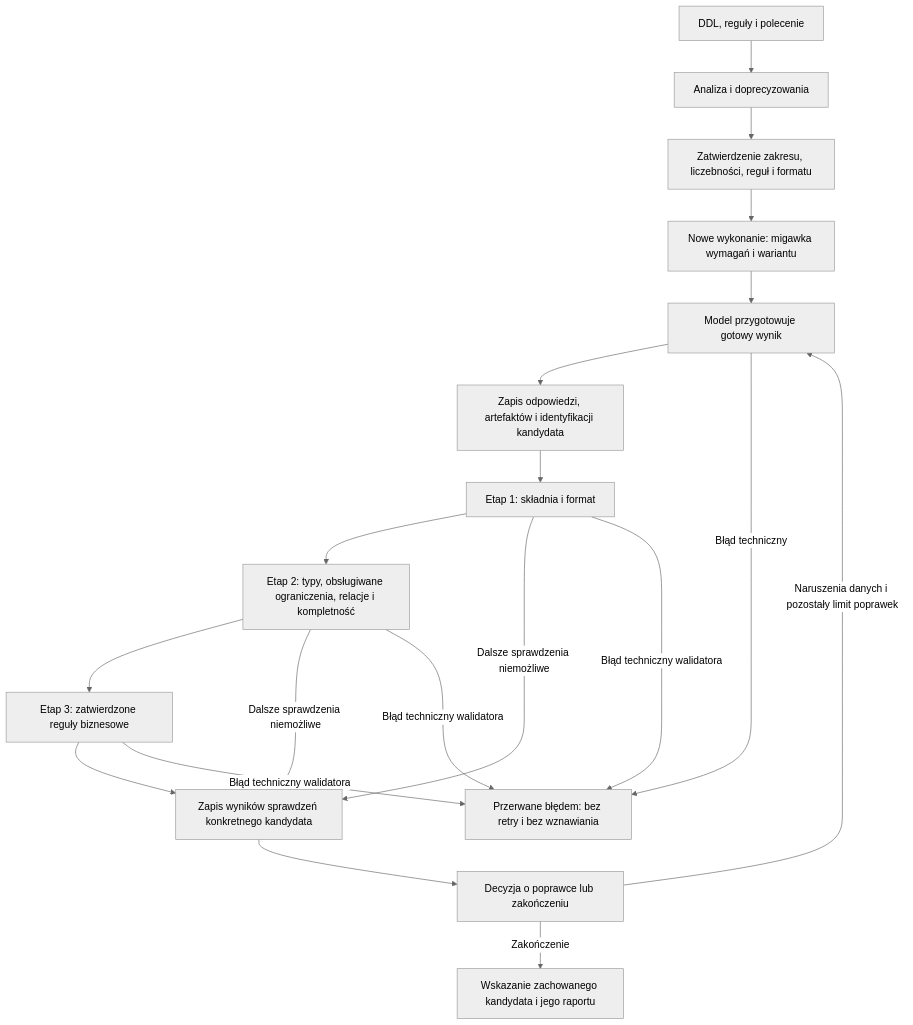
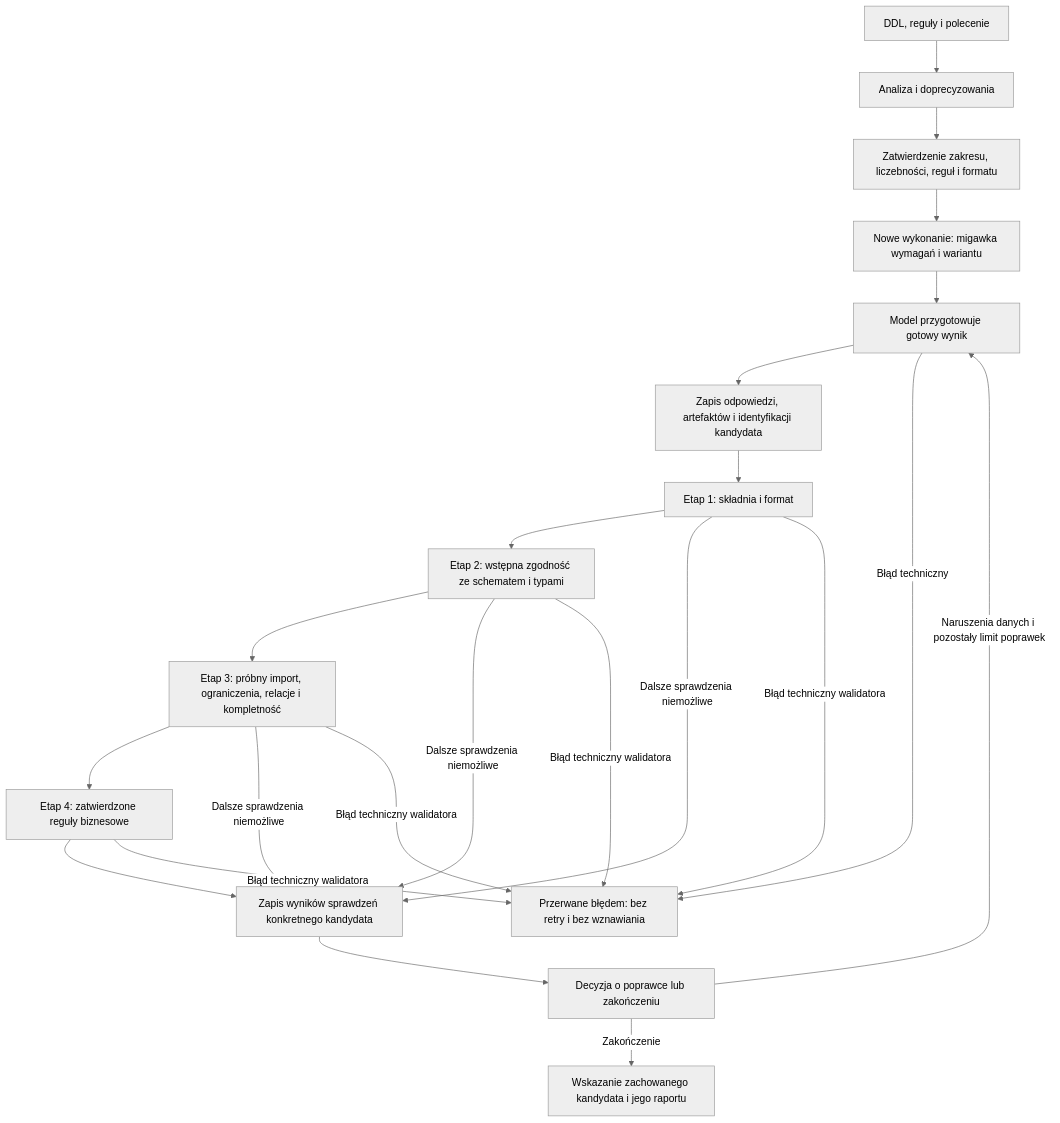
Before and after one commit to jwieczor03/mgr-llm-data-generator: the second of 2 diagrams in docs/architektura.md, drawn with Mermaid (neutral theme). The commit also changed other lines of this file and 12 other files, not shown here.

Commit message:
docs: add low-level architecture and confirm validation workflow

````diff
--- a/docs/architektura.md
+++ b/docs/architektura.md
@@ -58,21 +58,24 @@
 ```mermaid
 flowchart TD
     A["DDL, reguły i polecenie"] --> B["Analiza i doprecyzowania"]
     B --> C["Zatwierdzenie zakresu, liczebności, reguł i formatu"]
     C --> D["Nowe wykonanie: migawka wymagań i wariantu"]
     D --> E["Model przygotowuje gotowy wynik"]
     E --> F["Zapis odpowiedzi, artefaktów i identyfikacji kandydata"]
     F --> G["Etap 1: składnia i format"]
-    G --> H["Etap 2: typy, obsługiwane ograniczenia, relacje i kompletność"]
-    H --> I["Etap 3: zatwierdzone reguły biznesowe"]
+    G --> H["Etap 2: wstępna zgodność ze schematem i typami"]
+    H --> P["Etap 3: próbny import, ograniczenia, relacje i kompletność"]
+    P --> I["Etap 4: zatwierdzone reguły biznesowe"]
     I --> J["Zapis wyników sprawdzeń konkretnego kandydata"]
     G -->|"Dalsze sprawdzenia niemożliwe"| J
     H -->|"Dalsze sprawdzenia niemożliwe"| J
+    P -->|"Dalsze sprawdzenia niemożliwe"| J
     J --> K["Decyzja o poprawce lub zakończeniu"]
     K -->|"Naruszenia danych i pozostały limit poprawek"| E
     K -->|"Zakończenie"| L["Wskazanie zachowanego kandydata i jego raportu"]
     E -->|"Błąd techniczny"| X["Przerwane błędem: bez retry i bez wznawiania"]
     G -->|"Błąd techniczny walidatora"| X
     H -->|"Błąd techniczny walidatora"| X
+    P -->|"Błąd techniczny walidatora"| X
     I -->|"Błąd techniczny walidatora"| X
 ```
````
